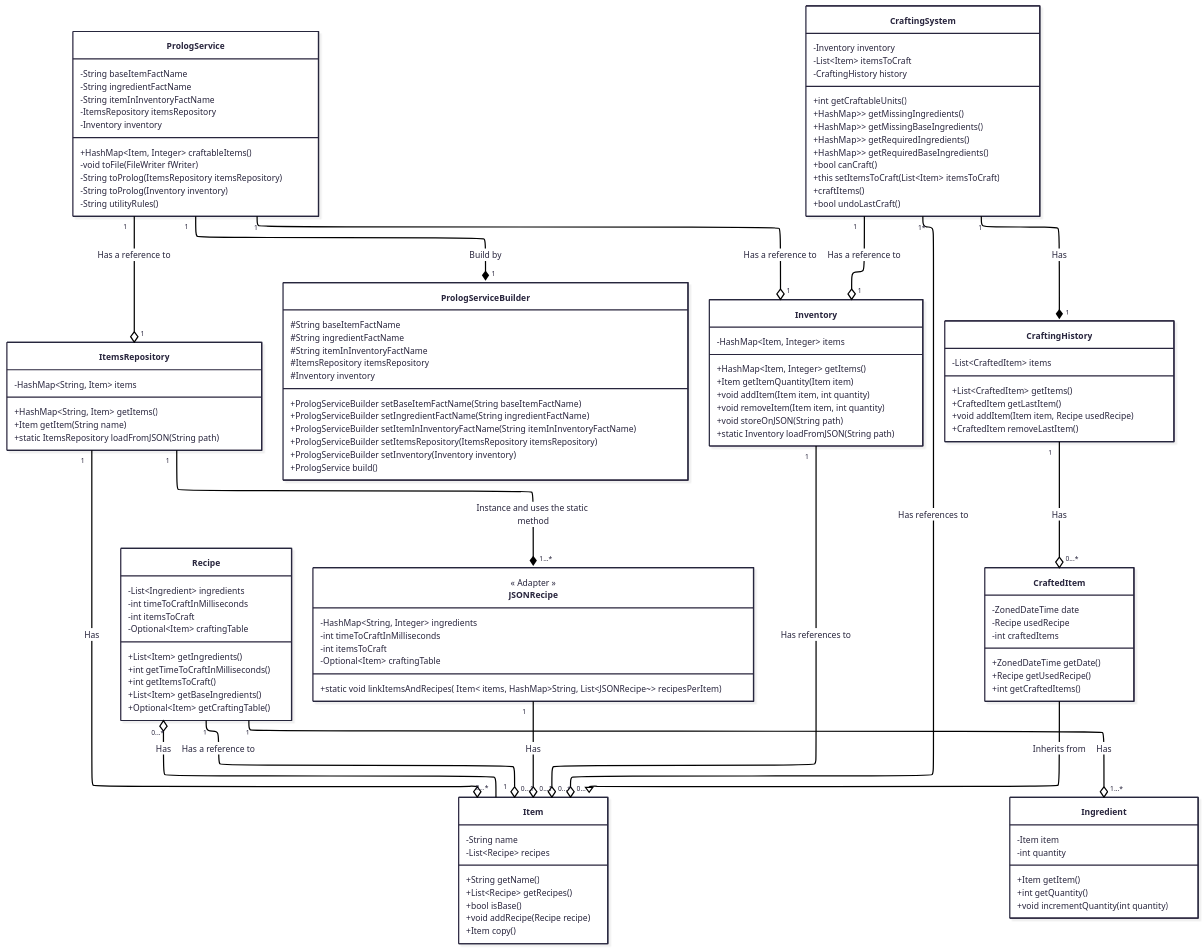
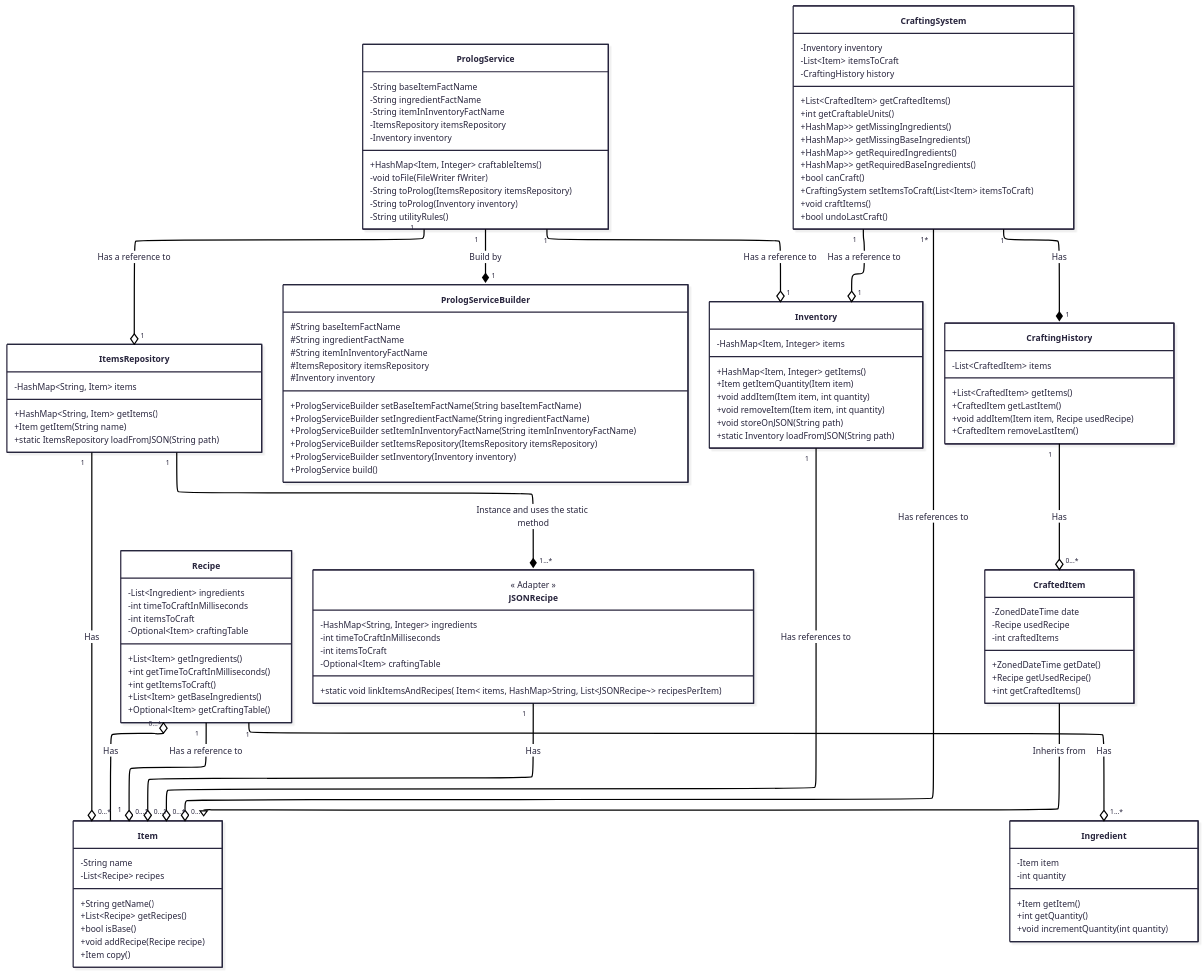
Before and after one commit to hozlucas28/Java-Practical-Work-2025: the first of 2 diagrams in README.md, drawn with Mermaid. The commit also changed 2 other files, not shown here.

Commit message:
doc: fix class diagram

```diff
--- a/README.md
+++ b/README.md
@@ -219,14 +219,15 @@
 	    -List~Item~ itemsToCraft
 	    -CraftingHistory history
 
+        +List~CraftedItem~ getCraftedItems()
 	    +int getCraftableUnits()
         +HashMap<Item, List<List<Ingredient>>> getMissingIngredients()
         +HashMap<Item, List<List<Ingredient>>> getMissingBaseIngredients()
 	    +HashMap<Item, List<List<Ingredient>>> getRequiredIngredients()
 	    +HashMap<Item, List<List<Ingredient>>> getRequiredBaseIngredients()
 	    +bool canCraft()
-	    +this setItemsToCraft(List~Item~ itemsToCraft)
-	    +craftItems()
+	    +CraftingSystem setItemsToCraft(List~Item~ itemsToCraft)
+	    +void craftItems()
 	    +bool undoLastCraft()
     }
 
```
